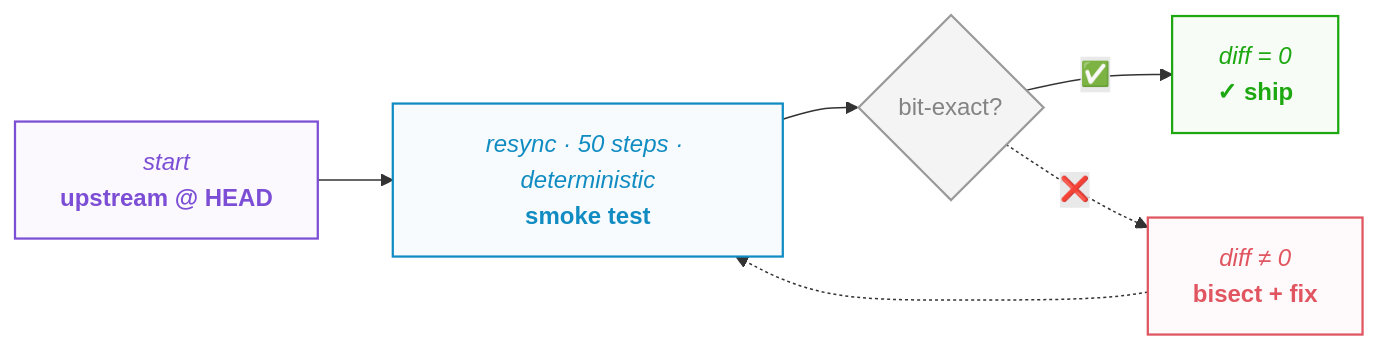
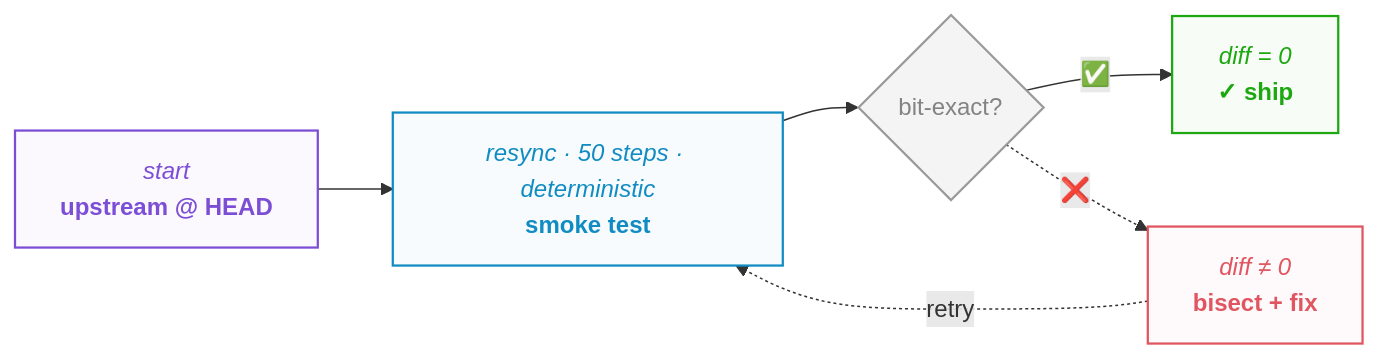
One commit to saforem2/sam.onl changed the second of 7 diagrams in web/src/pages/talks/2026/07/14/index.mdx. Above: the diagram before and after it, drawn with Mermaid.

Commit message:
style(talks): label the fork-tax retry loop edge

````diff
--- a/web/src/pages/talks/2026/07/14/index.mdx
+++ b/web/src/pages/talks/2026/07/14/index.mdx
@@ -720,19 +720,19 @@
 ```mermaid
 flowchart LR
     A["<i>start</i><br/><span style='font-weight:700'>upstream @ HEAD</span>"] --> B["<i>resync · 50 steps · deterministic</i><br/><span style='font-weight:700'>smoke test</span>"]
     B --> D{"bit-exact?"}
     D -->|✅| C["<i>diff = 0</i><br/><span style='font-weight:700'>✓ ship</span>"]
     D -.->|❌️| F["<i>diff &ne; 0</i><br/><span style='font-weight:700'>bisect + fix</span>"]
-    F -.-> B
+    F -.->|retry| B
 
     classDef source fill:#7c4ed508,stroke:#7c4ed5,color:#7c4ed5,stroke-width:1.5px
     classDef stage  fill:#118cc208,stroke:#118cc2,color:#118cc2,stroke-width:1.5px
     classDef ship   fill:#1da81108,stroke:#1da811,color:#1da811,stroke-width:1.5px
     classDef gate   fill:#8a8a8a18,stroke:#9a9a9a,color:#838383,stroke-width:1.5px
     classDef bad    fill:#e0556008,stroke:#e05560,color:#e05560,stroke-width:1.5px
     class A source
     class B stage
     class D gate
     class C ship
     class F bad
 ```
````
